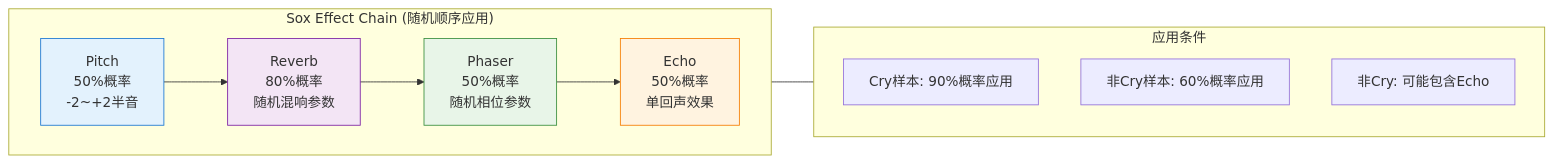
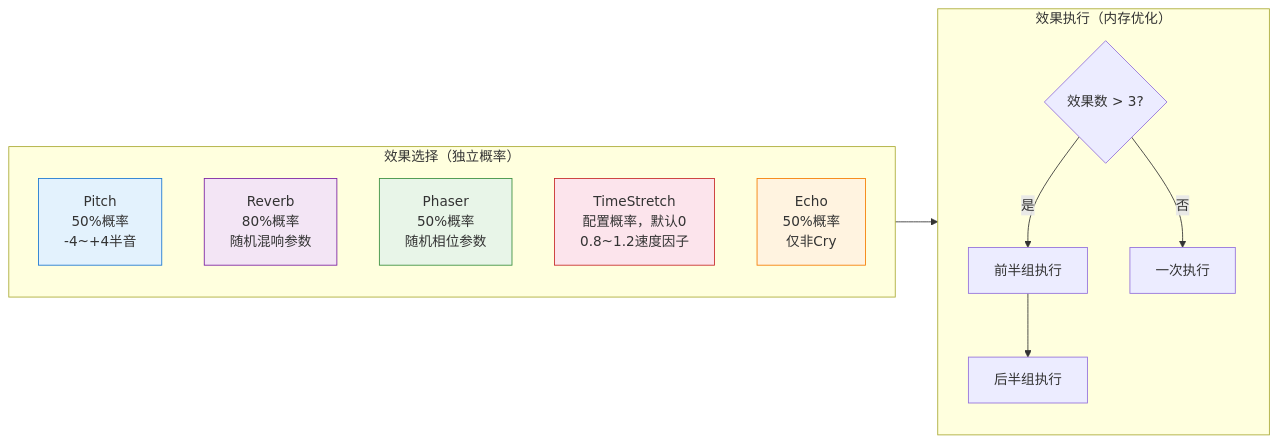
One commit to pkuCactus/crydet changed the fourth of 5 diagrams in docs/data_augmentation.md. Above: the diagram before and after it, drawn with Mermaid. The commit also changed other lines of this file and 1 other file, not shown here.

````diff
--- a/docs/data_augmentation.md
+++ b/docs/data_augmentation.md
@@ -166,29 +171,27 @@
 ```mermaid
 flowchart LR
-    subgraph Chain["Sox Effect Chain (随机顺序应用)"]
-        direction LR
-
-        P[Pitch<br/>50%概率<br/>-2~+2半音]
+    subgraph Selection["效果选择（独立概率）"]
+        direction TB
+        P[Pitch<br/>50%概率<br/>-4~+4半音]
         R[Reverb<br/>80%概率<br/>随机混响参数]
         Ph[Phaser<br/>50%概率<br/>随机相位参数]
-        E[Echo<br/>50%概率<br/>单回声效果]
-
-        P --> R
-        R --> Ph
-        Ph --> E
+        TS[TimeStretch<br/>配置概率，默认0<br/>0.8~1.2速度因子]
+        E[Echo<br/>50%概率<br/>仅非Cry]
     end
 
-    subgraph Conditions["应用条件"]
+    subgraph Execution["效果执行（内存优化）"]
         direction TB
-        C1[Cry样本: 90%概率应用]
-        C2[非Cry样本: 60%概率应用]
-        C3[非Cry: 可能包含Echo]
+        EX1{"效果数 > 3?"}
+        EX1 -->|是| G1["前半组执行"]
+        G1 --> G2["后半组执行"]
+        EX1 -->|否| G3["一次执行"]
     end
 
-    Chain --- Conditions
+    Selection --> Execution
 
     style P fill:#e3f2fd,stroke:#1976d2
     style R fill:#f3e5f5,stroke:#7b1fa2
     style Ph fill:#e8f5e8,stroke:#388e3c
+    style TS fill:#fce4ec,stroke:#c62828
     style E fill:#fff3e0,stroke:#f57c00
 ```
````
